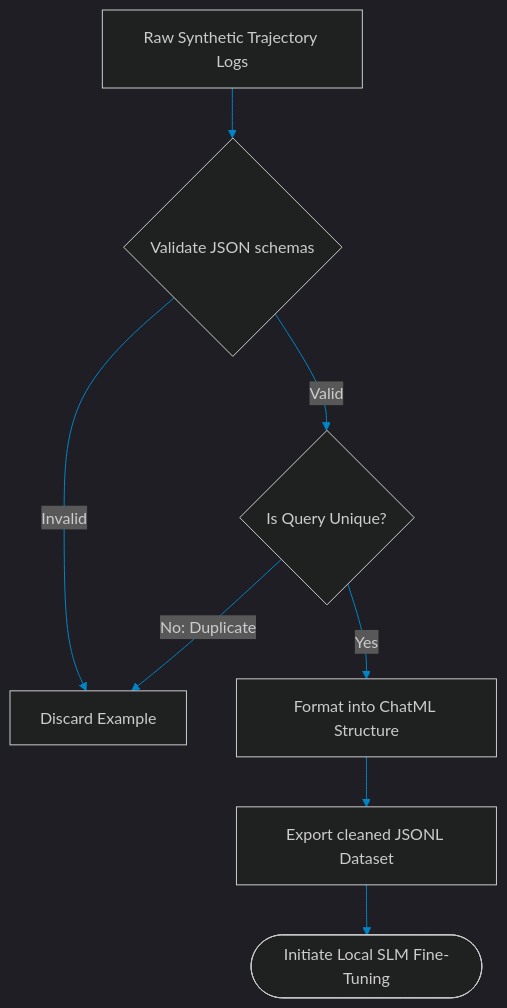
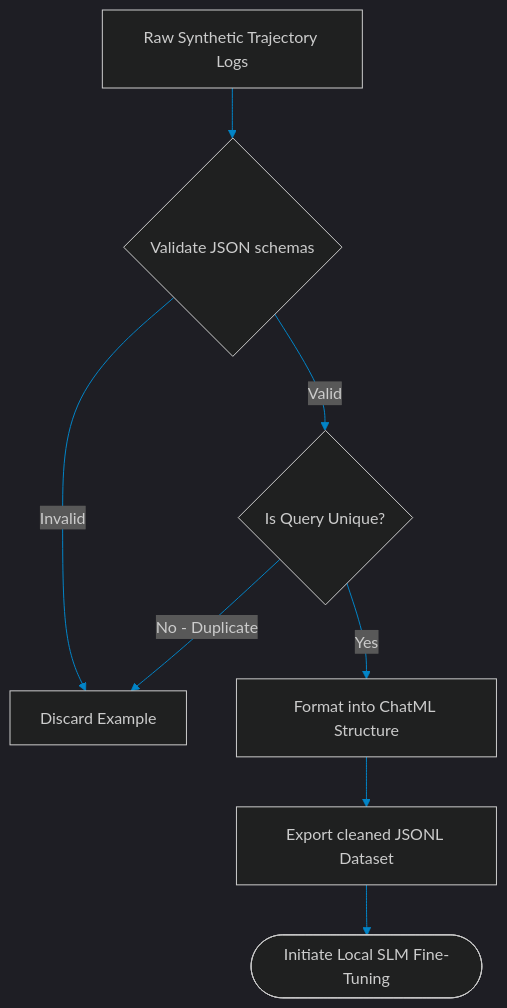
One commit to akmalkhaniub/akmalkhaniub.github.io changed the diagram in blog/posts/slm-fine-tuning-synthetic-dataset-curation.md. Above: the diagram before and after it, drawn with Mermaid. The commit also changed 411 other files, not shown here.

````diff
--- a/blog/posts/slm-fine-tuning-synthetic-dataset-curation.md
+++ b/blog/posts/slm-fine-tuning-synthetic-dataset-curation.md
@@ -16,14 +16,14 @@
 ```mermaid
 %%{init: {'theme': 'dark', 'themeVariables': { 'primaryColor': '#0284c7', 'primaryTextColor': '#f3f4f6', 'primaryBorderColor': '#38bdf8', 'lineColor': '#0284c7', 'secondaryColor': '#111827', 'tertiaryColor': '#0b0f19'}}}%%
 flowchart TD
     Raw[Raw Synthetic Trajectory Logs] --> FilterJSON{Validate JSON schemas}
     
     FilterJSON -->|Invalid| Discard[Discard Example]
     FilterJSON -->|Valid| DeDup{Is Query Unique?}
     
-    DeDup -->|No: Duplicate| Discard
+    DeDup -->|No - Duplicate| Discard
     DeDup -->|Yes| Format[Format into ChatML Structure]
     
     Format --> Export[Export cleaned JSONL Dataset]
     Export --> Train([Initiate Local SLM Fine-Tuning])
 ```
````
